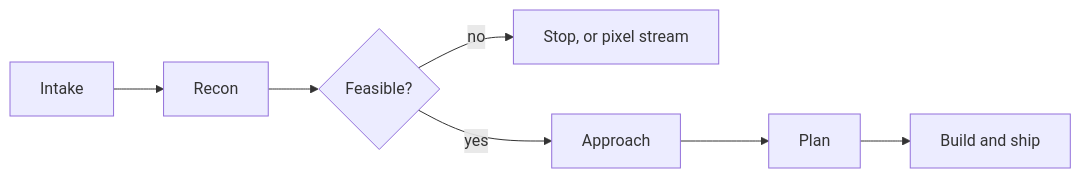
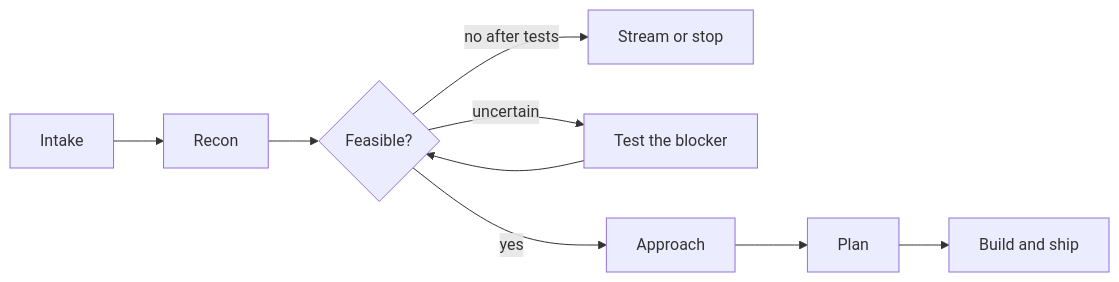
The diagram in README.md (Tajwarbot/game-to-web), drawn with Mermaid before and after one commit. The commit also changed other lines of this file and 15 other files, not shown here.

````diff
--- a/README.md
+++ b/README.md
@@ -41,9 +27,11 @@
 ```mermaid
 flowchart LR
   I[Intake] --> R[Recon]
   R --> F{Feasible?}
-  F -- no --> S[Stop, or pixel stream]
+  F -- no after tests --> S[Stream or stop]
+  F -- uncertain --> T[Test the blocker]
+  T --> F
   F -- yes --> A[Approach]
   A --> P[Plan]
   P --> B[Build and ship]
 ```
````
